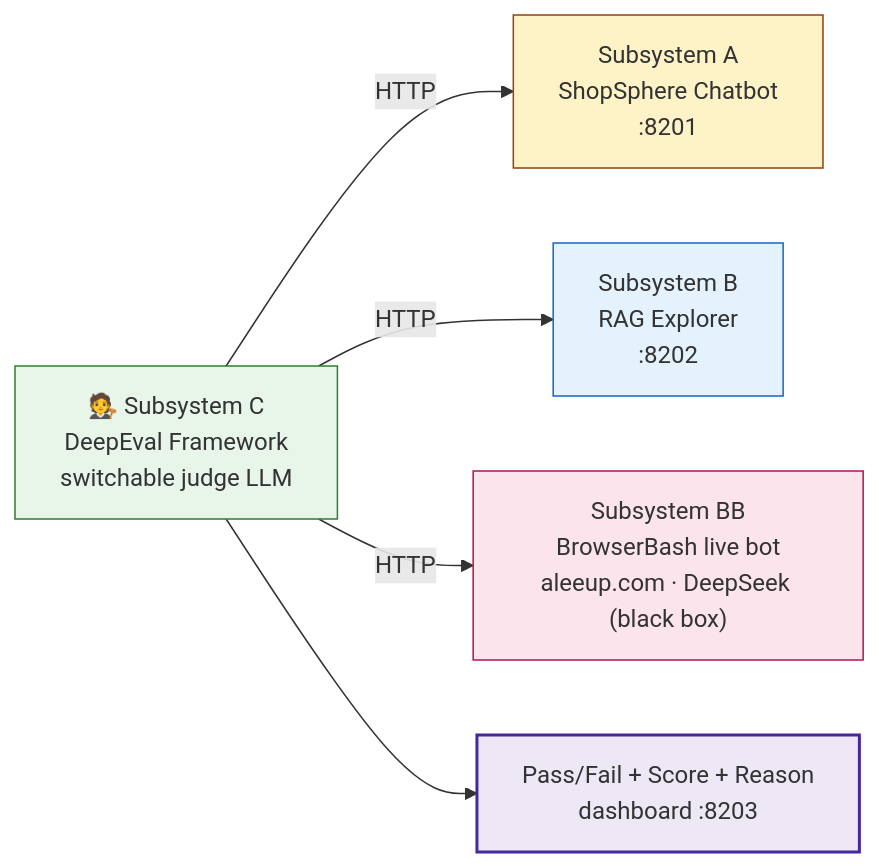
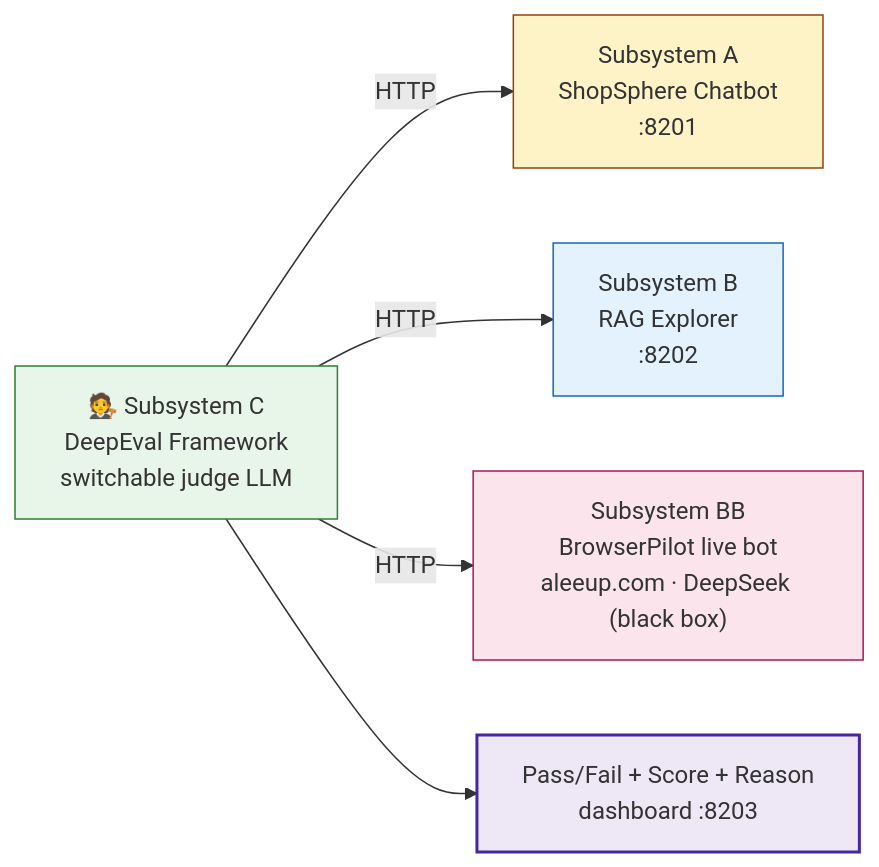
One commit to shinuailabs/ShinuAILabs-MasteryHub changed the first of 5 diagrams in QE-AI-Track/Part_19_DeepEval_Framework/README.md. Above: the diagram before and after it, drawn with Mermaid. The commit also changed other lines of this file and 30 other files, not shown here.

Commit message:
feat: rename Browserbash→Browser Pilot, remove 90-day timeline, add GitHub Pages site

````diff
--- a/QE-AI-Track/Part_19_DeepEval_Framework/README.md
+++ b/QE-AI-Track/Part_19_DeepEval_Framework/README.md
@@ -18,18 +18,18 @@
 ```mermaid
 flowchart LR
     C["🧑‍⚖️ Subsystem C<br/>DeepEval Framework<br/>switchable judge LLM"]
     A["Subsystem A<br/>ShopSphere Chatbot<br/>:8201"]
     B["Subsystem B<br/>RAG Explorer<br/>:8202"]
-    BB["Subsystem BB<br/>BrowserBash live bot<br/>aleeup.com · DeepSeek (black box)"]
+    BB["Subsystem BB<br/>BrowserPilot live bot<br/>aleeup.com · DeepSeek (black box)"]
 
     C -->|HTTP| A
     C -->|HTTP| B
     C -->|HTTP| BB
     C --> R["Pass/Fail + Score + Reason<br/>dashboard :8203"]
 
     style A fill:#fef3c7,stroke:#92400e
     style B fill:#e3f2fd,stroke:#1565c0
     style BB fill:#fce4ec,stroke:#ad1457
     style C fill:#e8f5e9,stroke:#2e7d32
     style R fill:#ede7f6,stroke:#4527a0,stroke-width:2px
 ```
````
